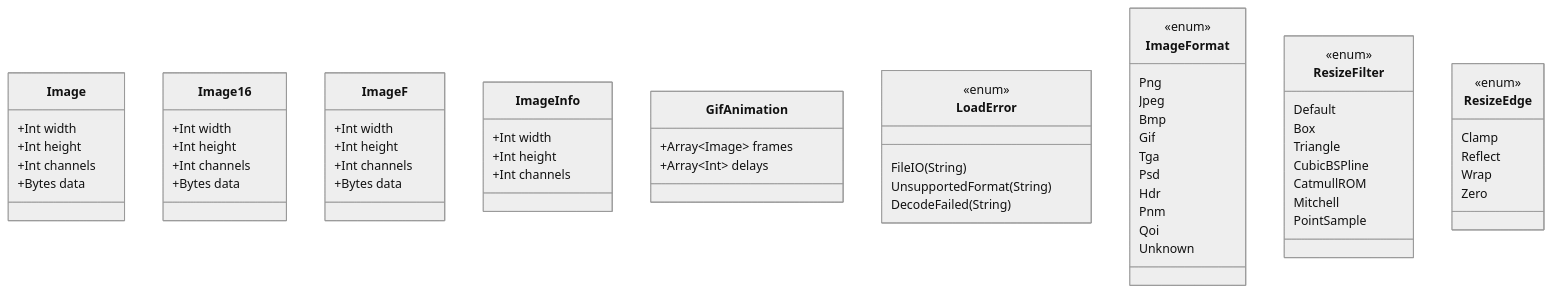
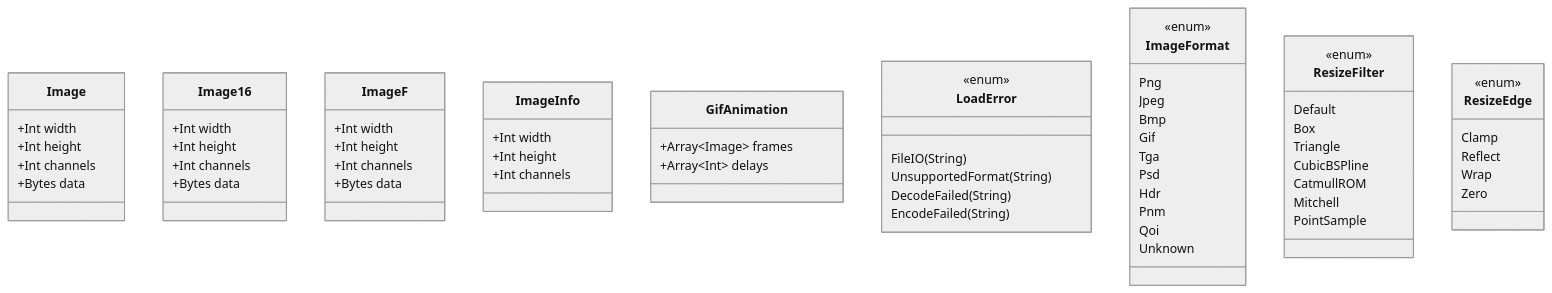
Diagram 14 of 14 in docs/architecture.md (toadium/stb-image), drawn with Mermaid (neutral theme) before and after one commit. The commit also changed other lines of this file and 8 other files, not shown here.

````diff
--- a/docs/architecture.md
+++ b/docs/architecture.md
@@ -443,66 +443,67 @@
 ```mermaid
 classDiagram
     class Image {
         +Int width
         +Int height
         +Int channels
         +Bytes data
     }
     class Image16 {
         +Int width
         +Int height
         +Int channels
         +Bytes data
     }
     class ImageF {
         +Int width
         +Int height
         +Int channels
         +Bytes data
     }
     class ImageInfo {
         +Int width
         +Int height
         +Int channels
     }
     class GifAnimation {
         +Array~Image~ frames
         +Array~Int~ delays
     }
     class LoadError {
         <<enum>>
         FileIO(String)
         UnsupportedFormat(String)
         DecodeFailed(String)
+        EncodeFailed(String)
     }
     class ImageFormat {
         <<enum>>
         Png
         Jpeg
         Bmp
         Gif
         Tga
         Psd
         Hdr
         Pnm
         Qoi
         Unknown
     }
     class ResizeFilter {
         <<enum>>
         Default
         Box
         Triangle
         CubicBSPline
         CatmullROM
         Mitchell
         PointSample
     }
     class ResizeEdge {
         <<enum>>
         Clamp
         Reflect
         Wrap
         Zero
     }
 ```
````
